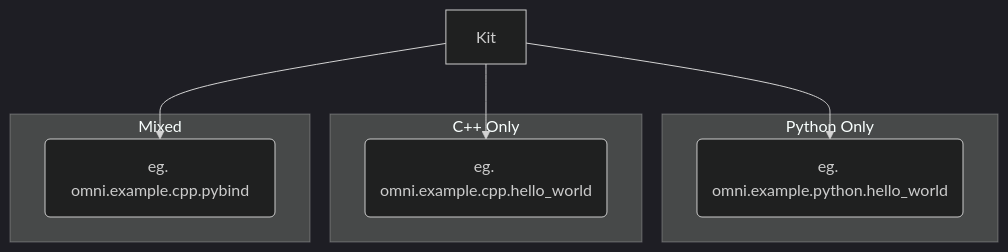
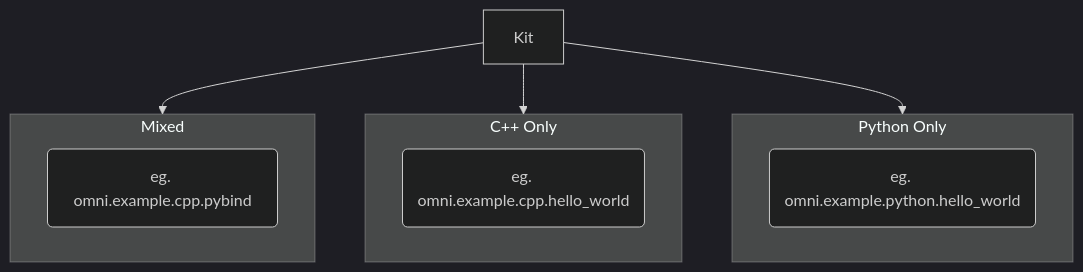
The diagram in README.md (NVIDIA-Omniverse/kit-extension-template-cpp), drawn with Mermaid (dark theme) before and after one commit.

Commit message:
Update documentation formatting.

````diff
--- a/README.md
+++ b/README.md
@@ -10,21 +10,19 @@
 ```mermaid
 graph TD
 
-  subgraph "Python Only"
-  A1(eg. omni.example.python.hello_world)
+  subgraph A[Mixed]
+  A1(eg. omni.example.cpp.pybind)
   end
 
-  subgraph "C++ Only"
-  A2(eg. omni.example.cpp.hello_world)
+  subgraph B[C++ Only]
+  B1(eg. omni.example.cpp.hello_world)
   end
 
-  subgraph "Mixed"
-  A3(eg. omni.example.cpp.pybind)
+  subgraph C[Python Only]
+  C1(eg. omni.example.python.hello_world)
   end
 
-
-
-  Kit[Kit] --> A1
-  Kit[Kit] --> A2
-  Kit[Kit] --> A3
+  Kit[Kit] --> A
+  Kit[Kit] --> B
+  Kit[Kit] --> C
 ```
````
